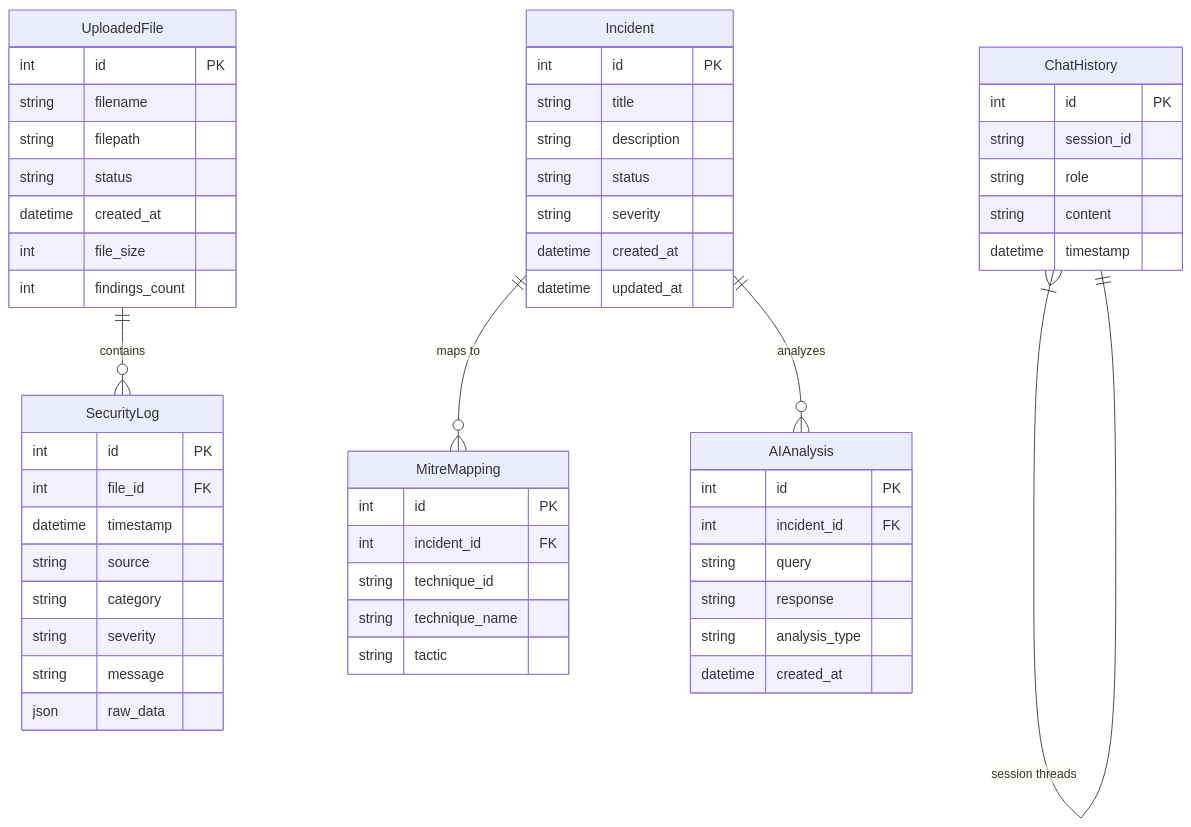
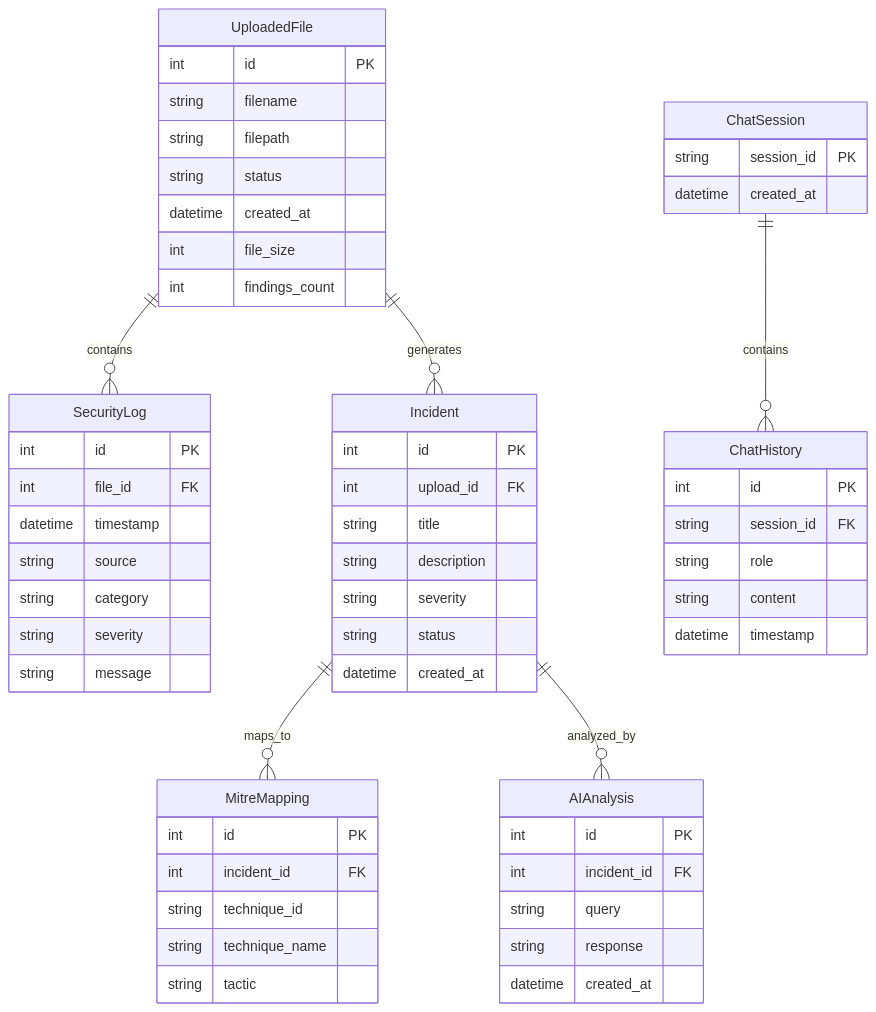
Before and after one commit to venkatesh-99-cbs/security_log_analysit-: the fourth of 4 diagrams in README.md, drawn with Mermaid. The commit also changed other lines of this file, not shown here.

````diff
--- a/README.md
+++ b/README.md
@@ -284,63 +283,67 @@
 ```mermaid
 erDiagram
-    UploadedFile ||--o{ SecurityLog : "contains"
-    Incident ||--o{ MitreMapping : "maps to"
-    Incident ||--o{ AIAnalysis : "analyzes"
-    ChatHistory }|--|| ChatHistory : "session threads"
+    UploadedFile ||--o{ SecurityLog : contains
+    UploadedFile ||--o{ Incident : generates
+    Incident ||--o{ MitreMapping : maps_to
+    Incident ||--o{ AIAnalysis : analyzed_by
+    ChatSession ||--o{ ChatHistory : contains
 
     UploadedFile {
         int id PK
         string filename
         string filepath
         string status
         datetime created_at
         int file_size
         int findings_count
     }
 
     SecurityLog {
         int id PK
         int file_id FK
         datetime timestamp
         string source
         string category
         string severity
         string message
-        json raw_data
     }
 
     Incident {
         int id PK
+        int upload_id FK
         string title
         string description
+        string severity
         string status
-        string severity
         datetime created_at
-        datetime updated_at
     }
 
     MitreMapping {
         int id PK
         int incident_id FK
         string technique_id
         string technique_name
         string tactic
     }
 
     AIAnalysis {
         int id PK
         int incident_id FK
         string query
         string response
-        string analysis_type
+        datetime created_at
+    }
+
+    ChatSession {
+        string session_id PK
         datetime created_at
     }
 
     ChatHistory {
         int id PK
-        string session_id
+        string session_id FK
         string role
         string content
         datetime timestamp
     }
 ```
````
